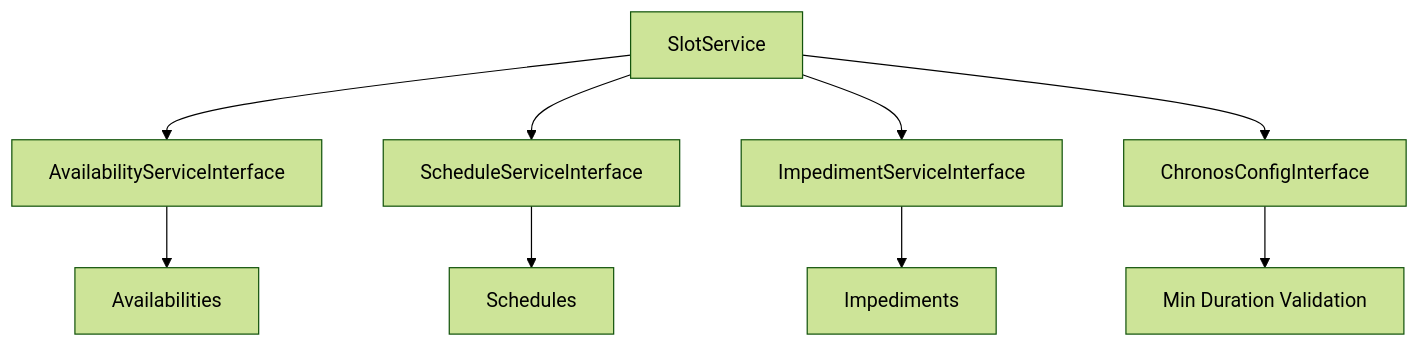
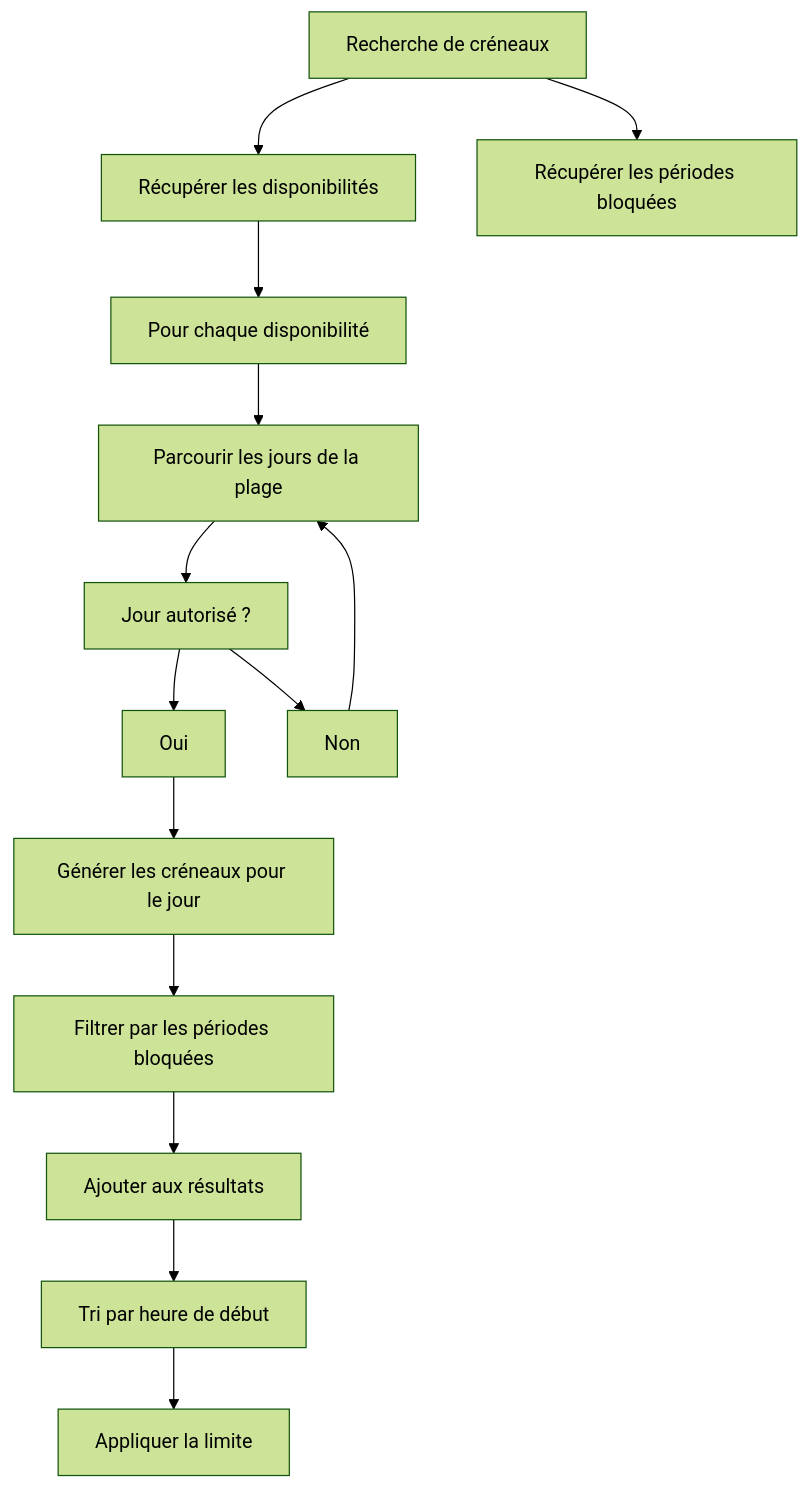
One commit to andydefer/laravel-chronos changed the diagram in docs/api-reference/services/slot-service.md. Above: the diagram before and after it, drawn with Mermaid (forest theme). The commit also changed other lines of this file and 8 other files, not shown here.

````diff
--- a/docs/api-reference/services/slot-service.md
+++ b/docs/api-reference/services/slot-service.md
@@ -304,11 +331,14 @@
 ```mermaid
 graph TD
-    A[SlotService] --> B[AvailabilityServiceInterface]
-    A --> C[ScheduleServiceInterface]
-    A --> D[ImpedimentServiceInterface]
-    A --> E[ChronosConfigInterface]
-    B --> F[Availabilities]
-    C --> G[Schedules]
-    D --> H[Impediments]
-    E --> I[Min Duration Validation]
+    A[Recherche de créneaux] --> B[Récupérer les disponibilités]
+    A --> C[Récupérer les périodes bloquées]
+    B --> D[Pour chaque disponibilité]
+    D --> E[Parcourir les jours de la plage]
+    E --> F[Jour autorisé ?]
+    F --> Oui --> G[Générer les créneaux pour le jour]
+    G --> H[Filtrer par les périodes bloquées]
+    H --> I[Ajouter aux résultats]
+    F --> Non --> E
+    I --> J[Tri par heure de début]
+    J --> K[Appliquer la limite]
 ```
````
